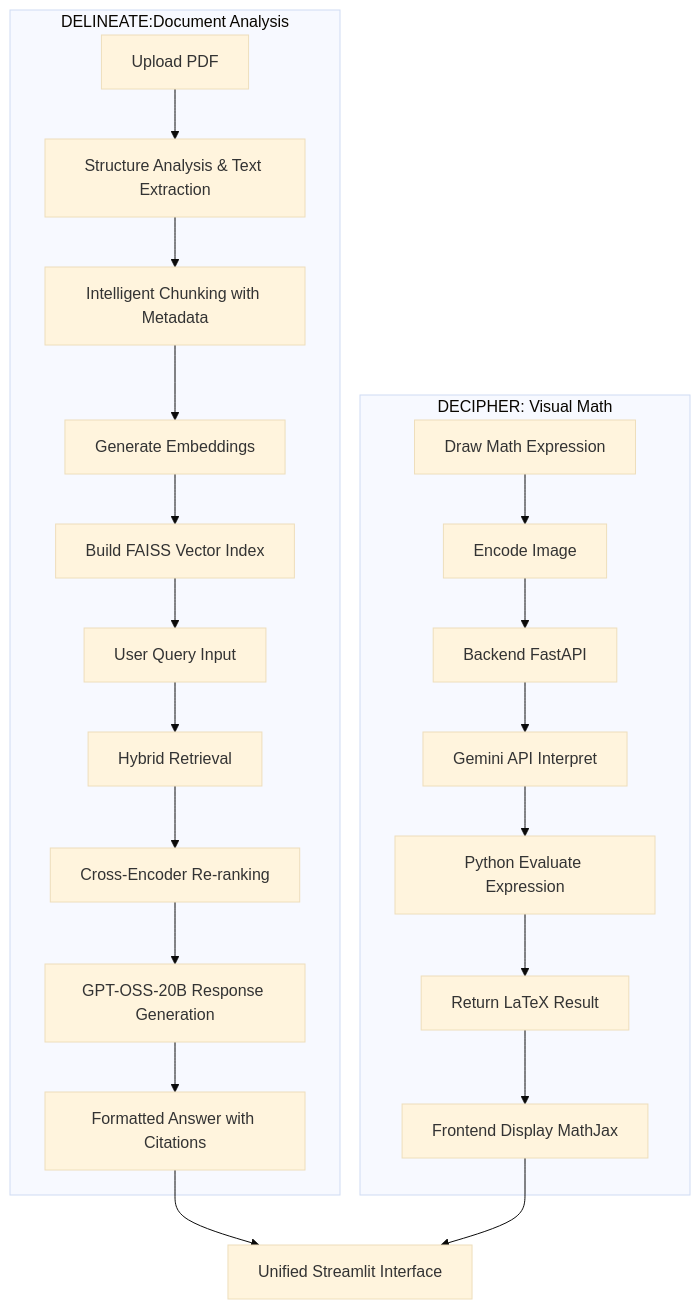
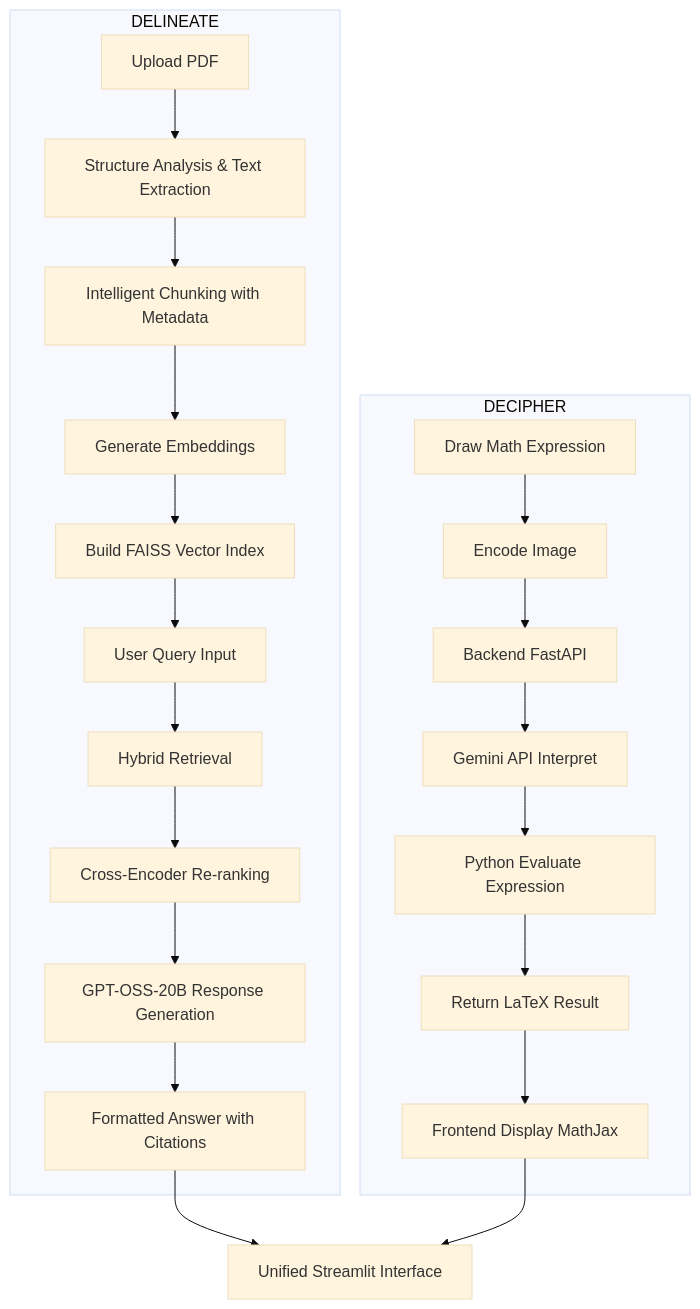
Before and after one commit to coderRohan123/DELINEATE-AND-DECIPHER: the diagram in README.md, drawn with Mermaid (base theme).

````diff
--- a/README.md
+++ b/README.md
@@ -221,26 +221,26 @@
 ```mermaid
 graph TD
-    subgraph Delineate["DELINEATE:Document Analysis"]
+    subgraph Delineate["DELINEATE"]
         A["Upload PDF"] --> B["Structure Analysis & Text Extraction"]
         B --> C["Intelligent Chunking with Metadata"]
         C --> D["Generate Embeddings"]
         D --> E["Build FAISS Vector Index"]
         E --> F["User Query Input"]
         F --> G["Hybrid Retrieval"]
         G --> H["Cross-Encoder Re-ranking"]
         H --> I["GPT-OSS-20B Response Generation"]
         I --> J["Formatted Answer with Citations"]
     end
 
-    subgraph Decipher["DECIPHER: Visual Math"]
+    subgraph Decipher["DECIPHER"]
         K["Draw Math Expression"] --> L["Encode Image"]
         L --> M["Backend FastAPI"]
         M --> N["Gemini API Interpret"]
         N --> O["Python Evaluate Expression"]
         O --> P["Return LaTeX Result"]
         P --> Q["Frontend Display MathJax"]
     end
 
     J --> R["Unified Streamlit Interface"]
     Q --> R
 ```
````
